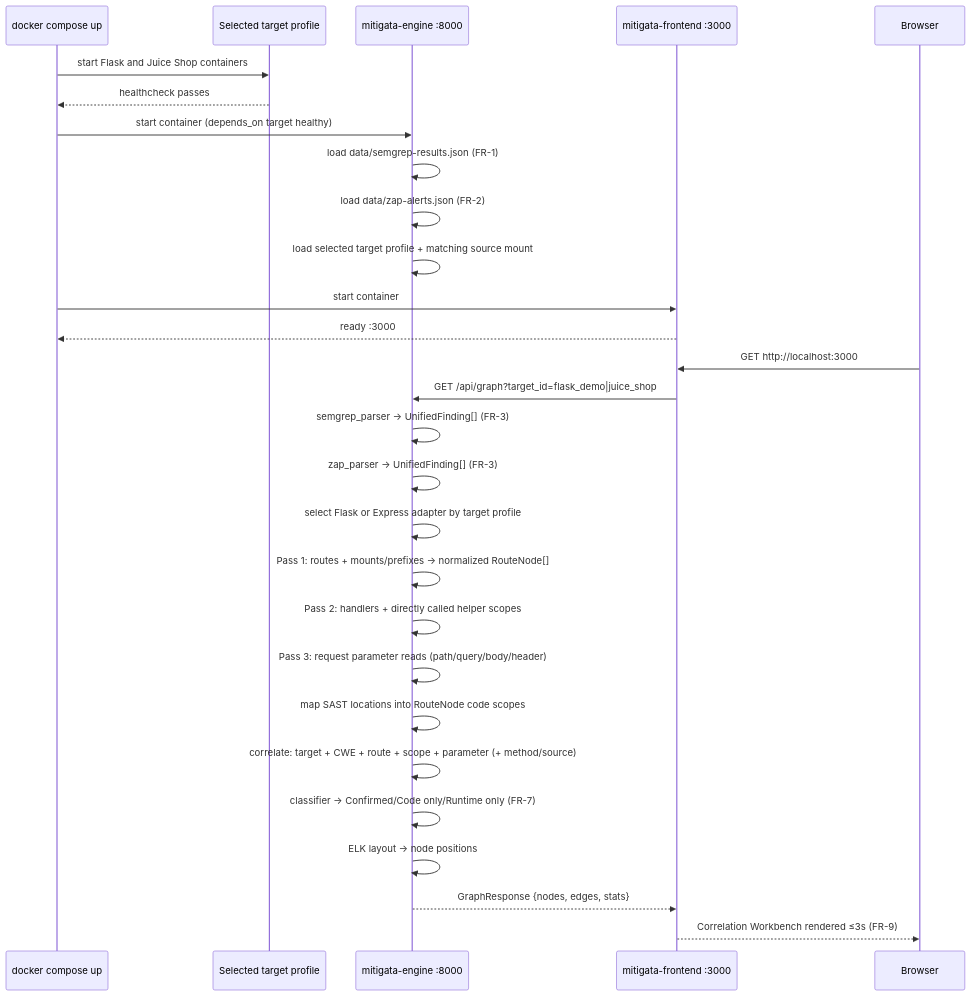
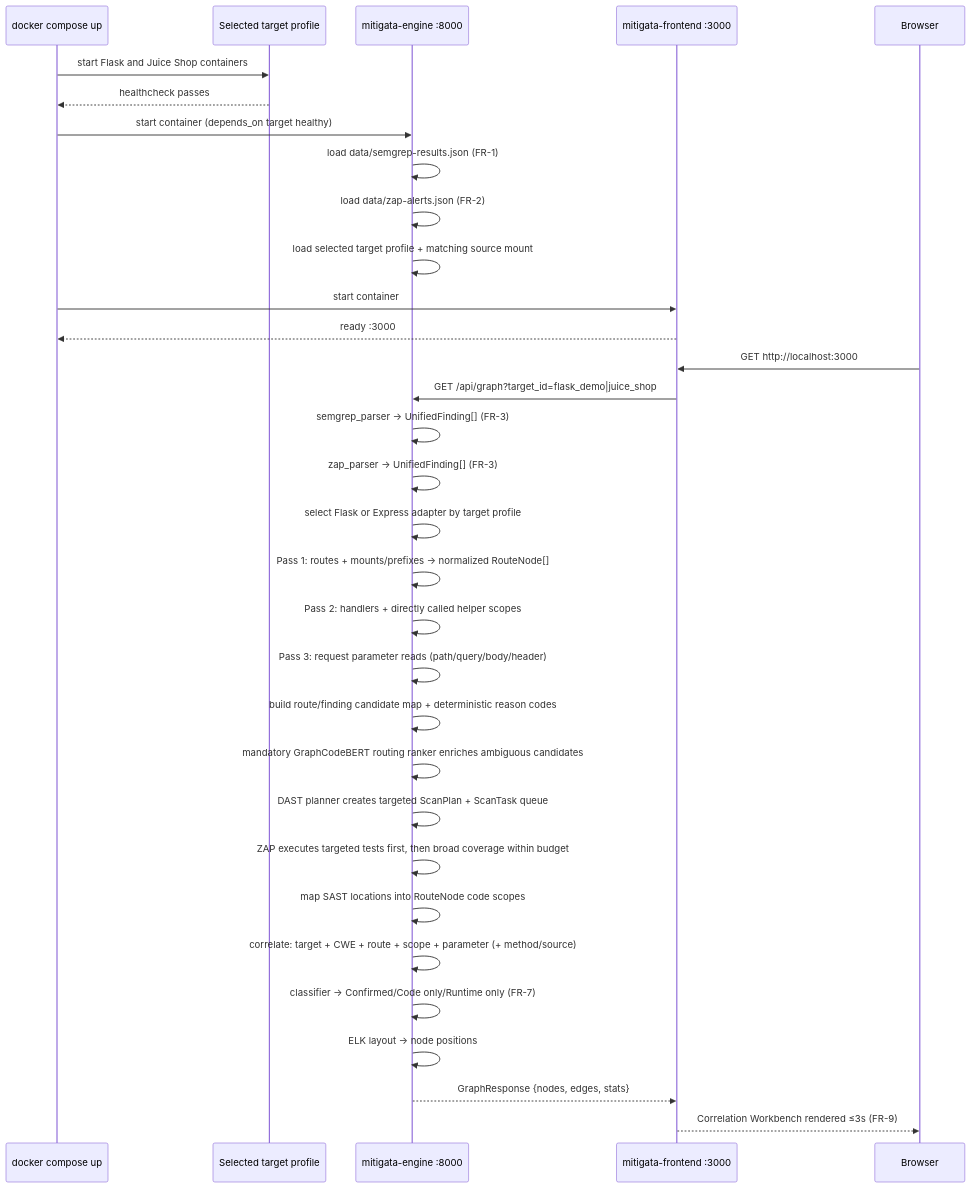
Before and after one commit to Halcyora/mitigata: the third of 25 diagrams in HACKATHON/docs/P06-Architecture.md, drawn with Mermaid. The commit also changed other lines of this file and 22 other files, not shown here.

````diff
--- a/HACKATHON/docs/P06-Architecture.md
+++ b/HACKATHON/docs/P06-Architecture.md
@@ -132,32 +134,36 @@
 ```mermaid
 sequenceDiagram
     participant DC as docker compose up
     participant T as Selected target profile
     participant E as mitigata-engine :8000
     participant FE as mitigata-frontend :3000
     participant B as Browser
 
     DC->>T: start Flask and Juice Shop containers
     T-->>DC: healthcheck passes
     DC->>E: start container (depends_on target healthy)
     E->>E: load data/semgrep-results.json (FR-1)
     E->>E: load data/zap-alerts.json (FR-2)
     E->>E: load selected target profile + matching source mount
     DC->>FE: start container
     FE-->>DC: ready :3000
 
     B->>FE: GET http://localhost:3000
     FE->>E: GET /api/graph?target_id=flask_demo|juice_shop
     E->>E: semgrep_parser → UnifiedFinding[] (FR-3)
     E->>E: zap_parser → UnifiedFinding[] (FR-3)
     E->>E: select Flask or Express adapter by target profile
     E->>E: Pass 1: routes + mounts/prefixes → normalized RouteNode[]
     E->>E: Pass 2: handlers + directly called helper scopes
     E->>E: Pass 3: request parameter reads (path/query/body/header)
+    E->>E: build route/finding candidate map + deterministic reason codes
+    E->>E: mandatory GraphCodeBERT routing ranker enriches ambiguous candidates
+    E->>E: DAST planner creates targeted ScanPlan + ScanTask queue
+    E->>E: ZAP executes targeted tests first, then broad coverage within budget
     E->>E: map SAST locations into RouteNode code scopes
     E->>E: correlate: target + CWE + route + scope + parameter (+ method/source)
     E->>E: classifier → Confirmed/Code only/Runtime only (FR-7)
     E->>E: ELK layout → node positions
     E-->>FE: GraphResponse {nodes, edges, stats}
     FE-->>B: Correlation Workbench rendered ≤3s (FR-9)
 ```
````
